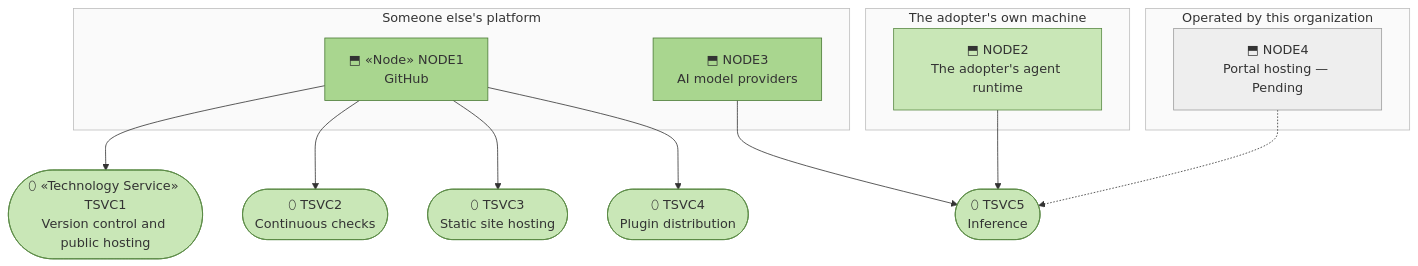
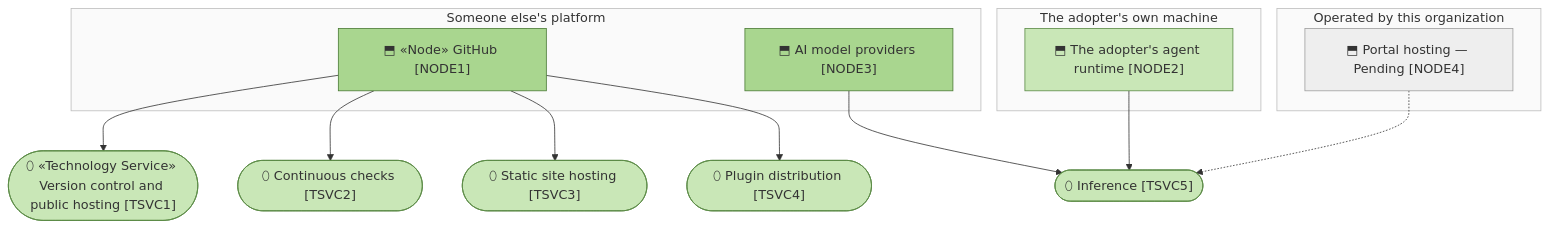
The second of 2 diagrams in org-archreator/architecture/5_technology/1_technology-services.md (roanboc/architecture-archreator), drawn with Mermaid before and after one commit. The commit also changed other lines of this file and 38 other files, not shown here.

````diff
--- a/org-archreator/architecture/5_technology/1_technology-services.md
+++ b/org-archreator/architecture/5_technology/1_technology-services.md
@@ -38,37 +38,37 @@
 ```mermaid
 flowchart TB
   subgraph OTHERS["Someone else's platform"]
-    node1["⬒ «Node» NODE1<br>GitHub"]:::node
-    node3["⬒ NODE3<br>AI model providers"]:::node
+    node1["⬒ «Node» GitHub [NODE1]"]:::node
+    node3["⬒ AI model providers [NODE3]"]:::node
   end
 
   subgraph ADOPTER["The adopter's own machine"]
-    node2["⬒ NODE2<br>The adopter's agent runtime"]:::adopter
+    node2["⬒ The adopter's agent runtime [NODE2]"]:::adopter
   end
 
   subgraph OURS["Operated by this organization"]
-    node4["⬒ NODE4<br>Portal hosting — Pending"]:::absent
+    node4["⬒ Portal hosting — Pending [NODE4]"]:::absent
   end
 
-  tsvc1(["⬯ «Technology Service» TSVC1<br>Version control and public hosting"]):::techservice
-  tsvc2(["⬯ TSVC2<br>Continuous checks"]):::techservice
-  tsvc3(["⬯ TSVC3<br>Static site hosting"]):::techservice
-  tsvc4(["⬯ TSVC4<br>Plugin distribution"]):::techservice
-  tsvc5(["⬯ TSVC5<br>Inference"]):::techservice
+  tsvc1(["⬯ «Technology Service» Version control and public hosting [TSVC1]"]):::techservice
+  tsvc2(["⬯ Continuous checks [TSVC2]"]):::techservice
+  tsvc3(["⬯ Static site hosting [TSVC3]"]):::techservice
+  tsvc4(["⬯ Plugin distribution [TSVC4]"]):::techservice
+  tsvc5(["⬯ Inference [TSVC5]"]):::techservice
 
   node1 --> tsvc1
   node1 --> tsvc2
   node1 --> tsvc3
   node1 --> tsvc4
   node3 --> tsvc5
   node2 --> tsvc5
   node4 -.-> tsvc5
 
   classDef node fill:#a9d68f,stroke:#4a7a35,color:#333
   classDef adopter fill:#c9e7b7,stroke:#5a8a45,color:#333
   classDef techservice fill:#c9e7b7,stroke:#5a8a45,color:#333
   classDef absent fill:#eeeeee,stroke:#9e9e9e,color:#333
   style OTHERS fill:#fafafa,stroke:#bdbdbd,color:#333
   style ADOPTER fill:#fafafa,stroke:#bdbdbd,color:#333
   style OURS fill:#fafafa,stroke:#bdbdbd,color:#333
 ```
````
